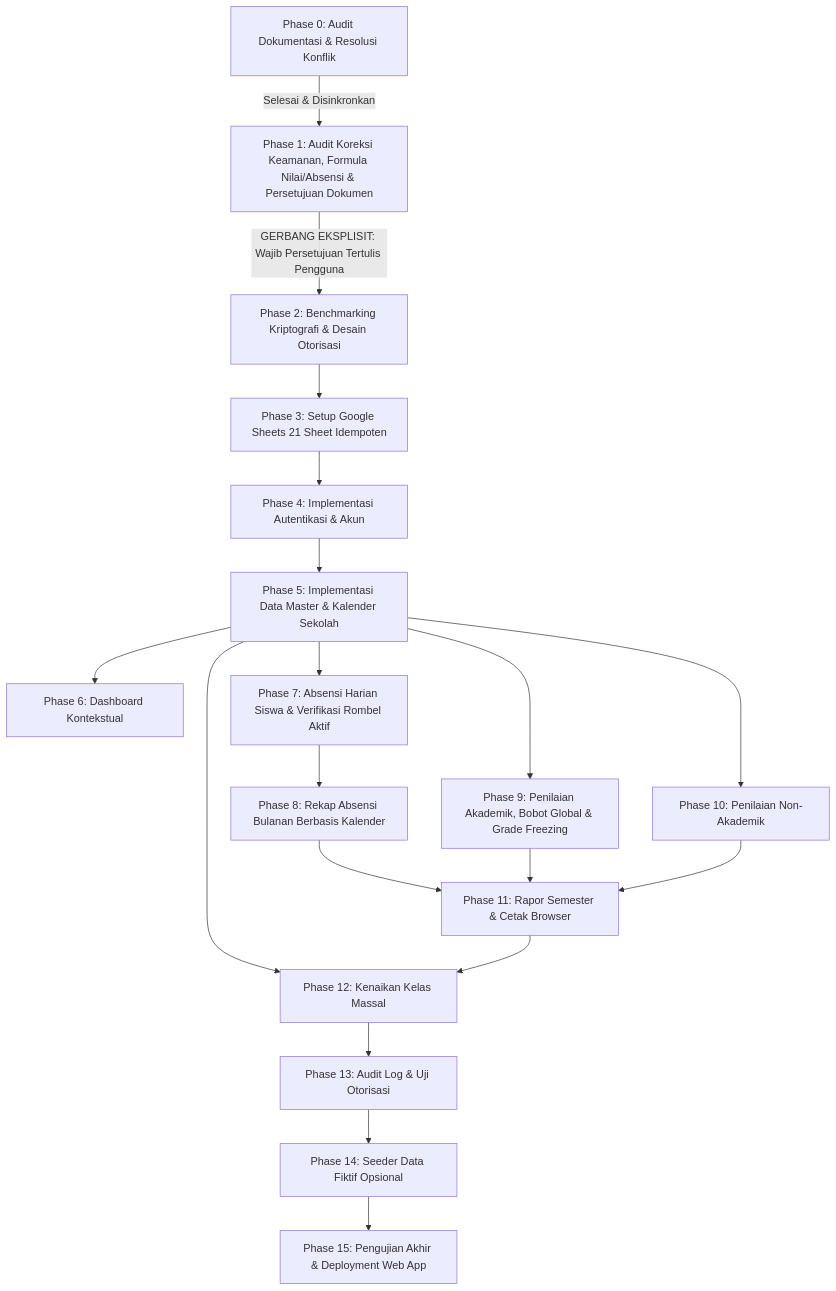
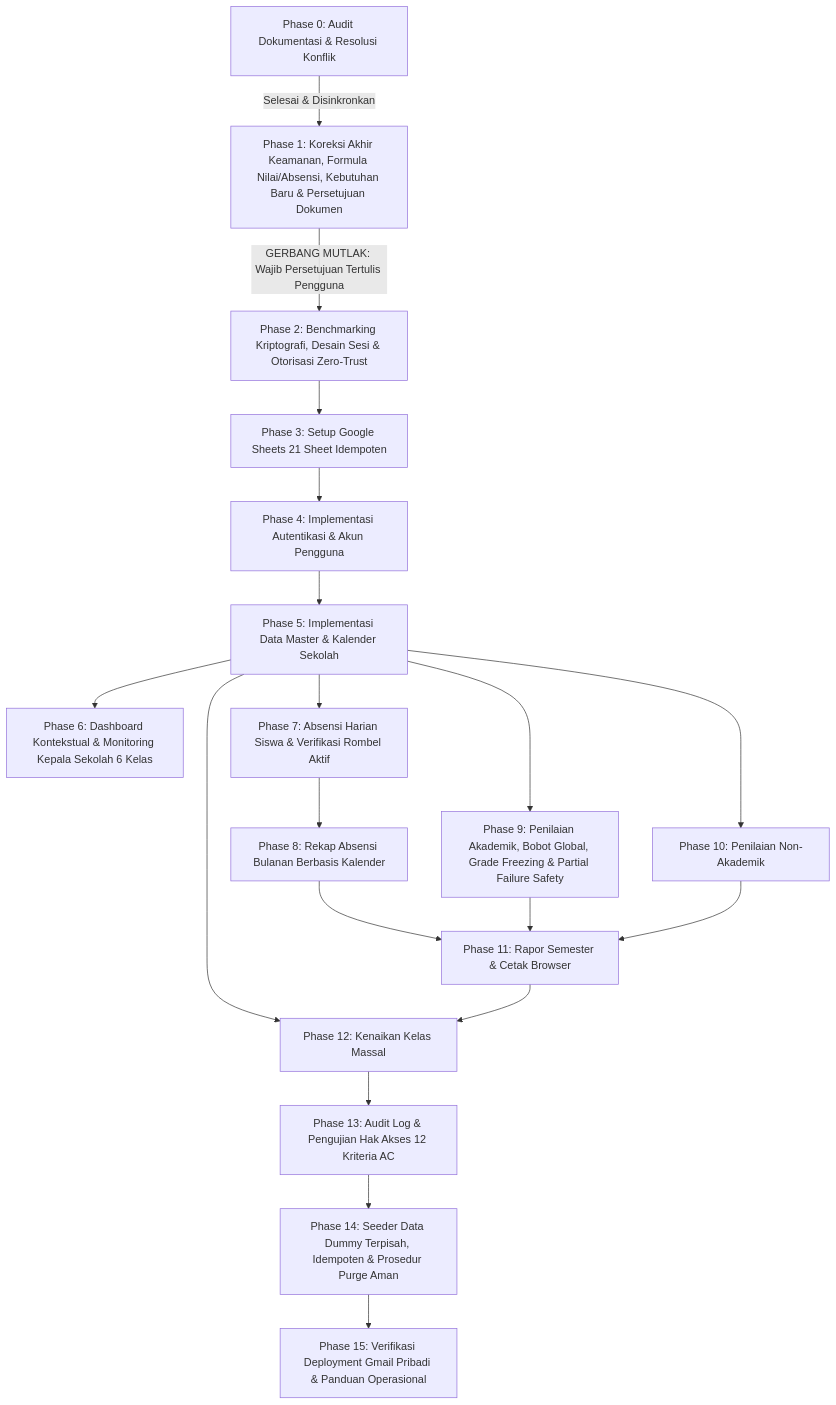
The diagram in .docs/.tasks.md (ryanea-exe/WebsiteAppScript-AbsensiPenilaianSiswaSD), drawn with Mermaid before and after one commit. The commit also changed other lines of this file and 7 other files, not shown here.

Commit message:
refactor: update architecture, database, gemini, prd, and tasks documentation alongside security benchmarks and setup scripts

````diff
--- a/.docs/.tasks.md
+++ b/.docs/.tasks.md
@@ -15,18 +21,18 @@
 ```mermaid
 graph TD
-    P0[Phase 0: Audit Dokumentasi & Resolusi Konflik] -->|Selesai & Disinkronkan| P1[Phase 1: Audit Koreksi Keamanan, Formula Nilai/Absensi & Persetujuan Dokumen]
-    P1 -->|GERBANG EKSPLISIT: Wajib Persetujuan Tertulis Pengguna| P2[Phase 2: Benchmarking Kriptografi & Desain Otorisasi]
+    P0[Phase 0: Audit Dokumentasi & Resolusi Konflik] -->|Selesai & Disinkronkan| P1[Phase 1: Koreksi Akhir Keamanan, Formula Nilai/Absensi, Kebutuhan Baru & Persetujuan Dokumen]
+    P1 -->|GERBANG MUTLAK: Wajib Persetujuan Tertulis Pengguna| P2[Phase 2: Benchmarking Kriptografi, Desain Sesi & Otorisasi Zero-Trust]
     P2 --> P3[Phase 3: Setup Google Sheets 21 Sheet Idempoten]
+    P3 --> P4[Phase 4: Implementasi Autentikasi & Akun Pengguna]
     P4 --> P5[Phase 5: Implementasi Data Master & Kalender Sekolah]
-    P3 --> P4[Phase 4: Implementasi Autentikasi & Akun]
-    P5 --> P6[Phase 6: Dashboard Kontekstual]
+    P5 --> P6[Phase 6: Dashboard Kontekstual & Monitoring Kepala Sekolah 6 Kelas]
     P5 --> P7[Phase 7: Absensi Harian Siswa & Verifikasi Rombel Aktif]
     P7 --> P8[Phase 8: Rekap Absensi Bulanan Berbasis Kalender]
-    P5 --> P9[Phase 9: Penilaian Akademik, Bobot Global & Grade Freezing]
+    P5 --> P9[Phase 9: Penilaian Akademik, Bobot Global, Grade Freezing & Partial Failure Safety]
     P5 --> P10[Phase 10: Penilaian Non-Akademik]
     P8 & P9 & P10 --> P11[Phase 11: Rapor Semester & Cetak Browser]
     P5 & P11 --> P12[Phase 12: Kenaikan Kelas Massal]
-    P12 --> P13[Phase 13: Audit Log & Uji Otorisasi]
-    P13 --> P14[Phase 14: Seeder Data Fiktif Opsional]
-    P14 --> P15[Phase 15: Pengujian Akhir & Deployment Web App]
+    P12 --> P13[Phase 13: Audit Log & Pengujian Hak Akses 12 Kriteria AC]
+    P13 --> P14[Phase 14: Seeder Data Dummy Terpisah, Idempoten & Prosedur Purge Aman]
+    P14 --> P15[Phase 15: Verifikasi Deployment Gmail Pribadi & Panduan Operasional]
 ```
````
